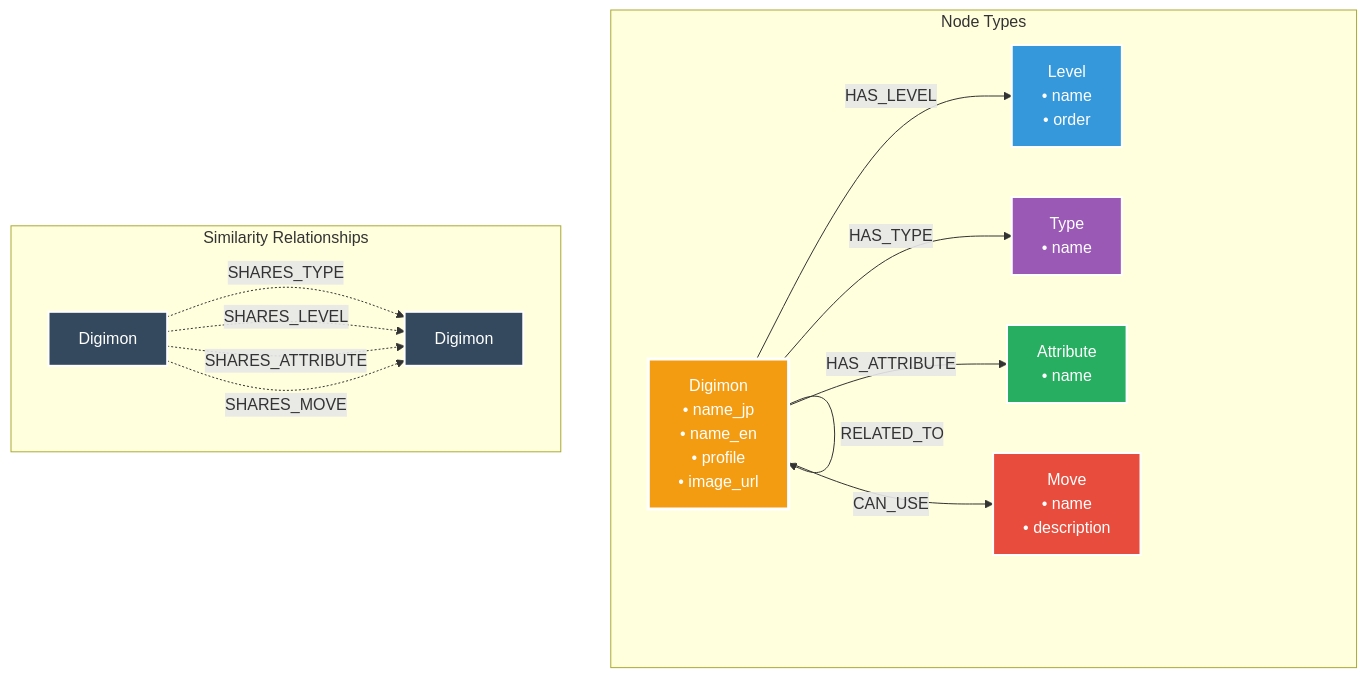
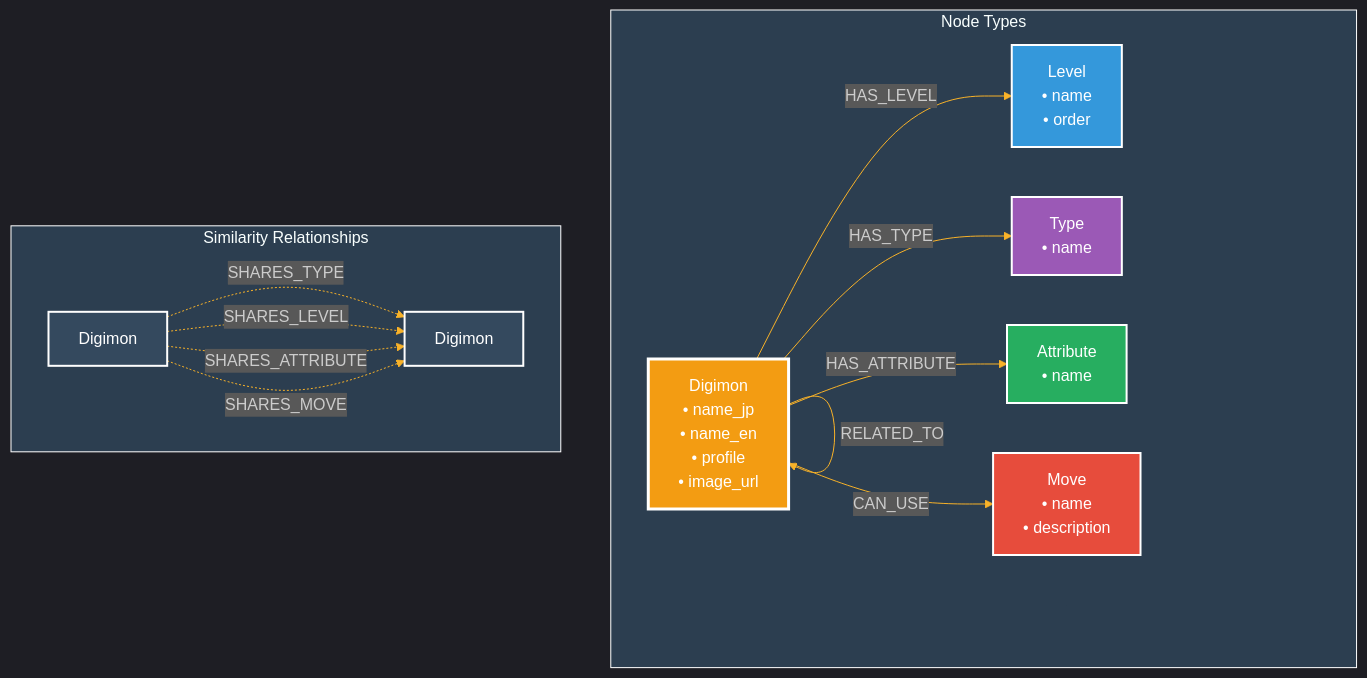
Before and after one commit to Ricoledan/digimon-knowledge-graph: the fourth of 5 diagrams in CLAUDE.md, drawn with Mermaid. The commit also changed other lines of this file, not shown here.

Commit message:
add diagrams

````diff
--- a/CLAUDE.md
+++ b/CLAUDE.md
@@ -322,31 +327,38 @@
 ```mermaid
+%%{init: {'theme':'dark', 'themeVariables': { 'primaryColor':'#1a1a1a', 'primaryTextColor':'#fff', 'primaryBorderColor':'#7C0000', 'lineColor':'#F8B229', 'secondaryColor':'#006100', 'tertiaryColor':'#2c3e50', 'background':'#1a1a1a', 'mainBkg':'#1a1a1a', 'secondBkg':'#2c3e50', 'tertiaryBkg':'#34495e', 'primaryBorderColor':'#fff', 'secondaryBorderColor':'#fff', 'tertiaryBorderColor':'#fff', 'clusterBkg':'#2c3e50', 'clusterBorder':'#fff', 'fontFamily':'monospace'}}}%%
 graph TD
-    subgraph "Node Types"
+    subgraph NT["Node Types"]
         D[Digimon<br/>• name_jp<br/>• name_en<br/>• profile<br/>• image_url]
         L[Level<br/>• name<br/>• order]
         T[Type<br/>• name]
         A[Attribute<br/>• name]
         M[Move<br/>• name<br/>• description]
     end
     
     D -->|HAS_LEVEL| L
     D -->|HAS_TYPE| T
     D -->|HAS_ATTRIBUTE| A
     D -->|CAN_USE| M
     D -->|RELATED_TO| D
     
-    subgraph "Similarity Relationships"
+    subgraph SR["Similarity Relationships"]
         D2[Digimon] -.->|SHARES_TYPE| D3[Digimon]
         D2 -.->|SHARES_LEVEL| D3
         D2 -.->|SHARES_ATTRIBUTE| D3
         D2 -.->|SHARES_MOVE| D3
     end
     
-    style D fill:#f39c12,stroke:#fff,stroke-width:3px,color:#fff
-    style L fill:#3498db,stroke:#fff,stroke-width:2px,color:#fff
-    style T fill:#9b59b6,stroke:#fff,stroke-width:2px,color:#fff
-    style A fill:#27ae60,stroke:#fff,stroke-width:2px,color:#fff
-    style M fill:#e74c3c,stroke:#fff,stroke-width:2px,color:#fff
-    style D2 fill:#34495e,stroke:#fff,stroke-width:2px,color:#fff
-    style D3 fill:#34495e,stroke:#fff,stroke-width:2px,color:#fff
+    classDef digimon fill:#f39c12,stroke:#fff,stroke-width:3px,color:#fff
+    classDef level fill:#3498db,stroke:#fff,stroke-width:2px,color:#fff
+    classDef type fill:#9b59b6,stroke:#fff,stroke-width:2px,color:#fff
+    classDef attribute fill:#27ae60,stroke:#fff,stroke-width:2px,color:#fff
+    classDef move fill:#e74c3c,stroke:#fff,stroke-width:2px,color:#fff
+    classDef similarity fill:#34495e,stroke:#fff,stroke-width:2px,color:#fff
+    
+    class D digimon
+    class L level
+    class T type
+    class A attribute
+    class M move
+    class D2,D3 similarity
 ```
````
